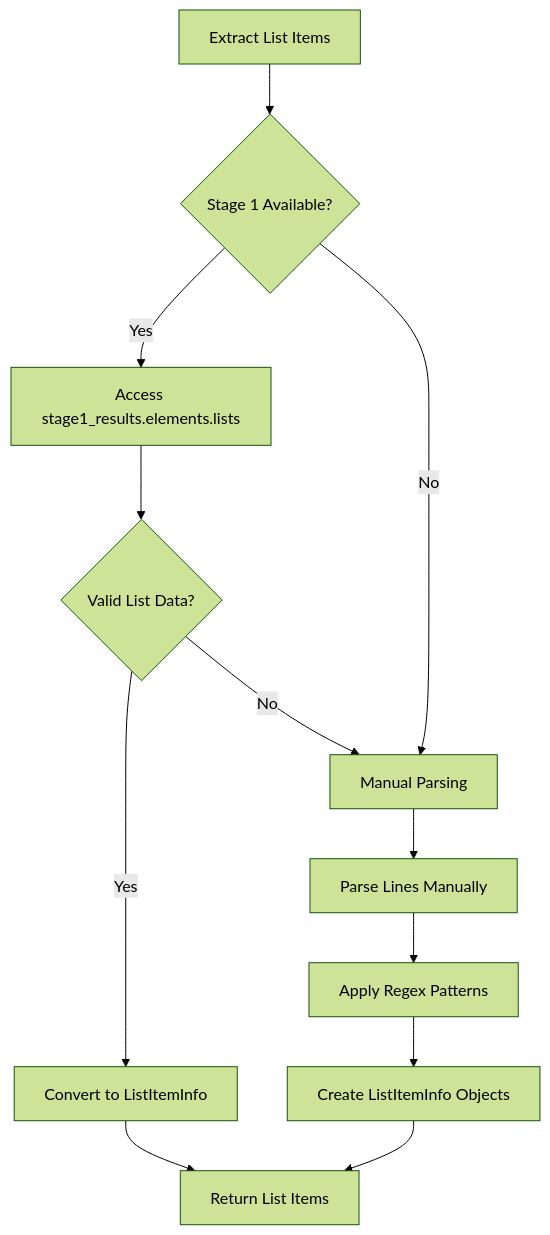
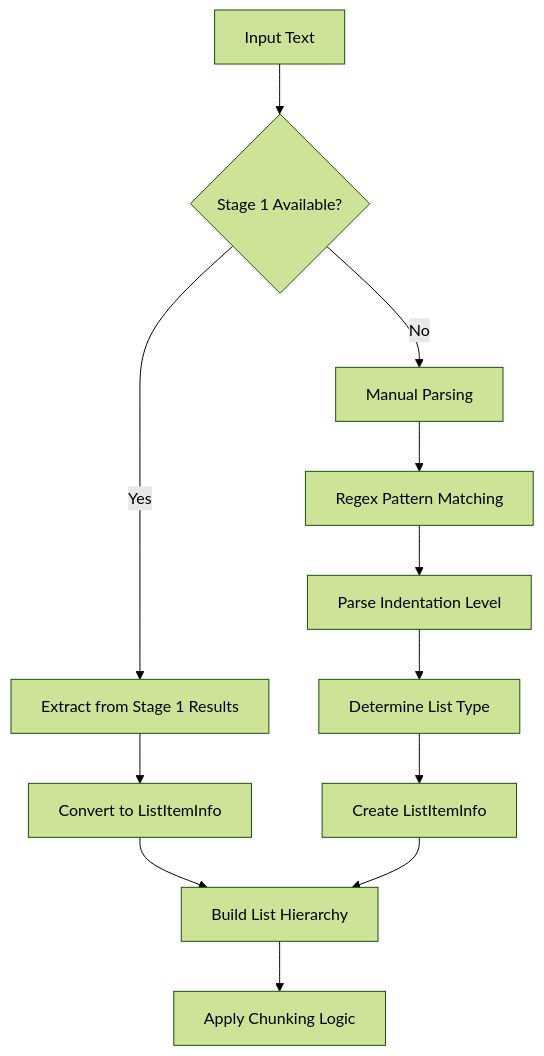
Before and after one commit to asukhodko/dify-markdown-chunker: the third of 5 diagrams in .qoder/repowiki/en/content/Chunking Strategies/List Strategy.md, drawn with Mermaid (forest theme). The commit also changed other lines of this file and 205 other files, not shown here.

````diff
--- a/.qoder/repowiki/en/content/Chunking Strategies/List Strategy.md
+++ b/.qoder/repowiki/en/content/Chunking Strategies/List Strategy.md
@@ -223,14 +176,14 @@
 ```mermaid
 flowchart TD
-A["Extract List Items"] --> B{"Stage 1 Available?"}
-B --> |Yes| C["Access stage1_results.elements.lists"]
-C --> D{"Valid List Data?"}
-D --> |Yes| E["Convert to ListItemInfo"]
-D --> |No| F["Manual Parsing"]
-B --> |No| F
-F --> G["Parse Lines Manually"]
-G --> H["Apply Regex Patterns"]
-H --> I["Create ListItemInfo Objects"]
-E --> J["Return List Items"]
+A["Input Text"] --> B{"Stage 1 Available?"}
+B --> |Yes| C["Extract from Stage 1 Results"]
+B --> |No| D["Manual Parsing"]
+C --> E["Convert to ListItemInfo"]
+D --> F["Regex Pattern Matching"]
+F --> G["Parse Indentation Level"]
+G --> H["Determine List Type"]
+H --> I["Create ListItemInfo"]
+E --> J["Build List Hierarchy"]
 I --> J
+J --> K["Apply Chunking Logic"]
 ```
````
